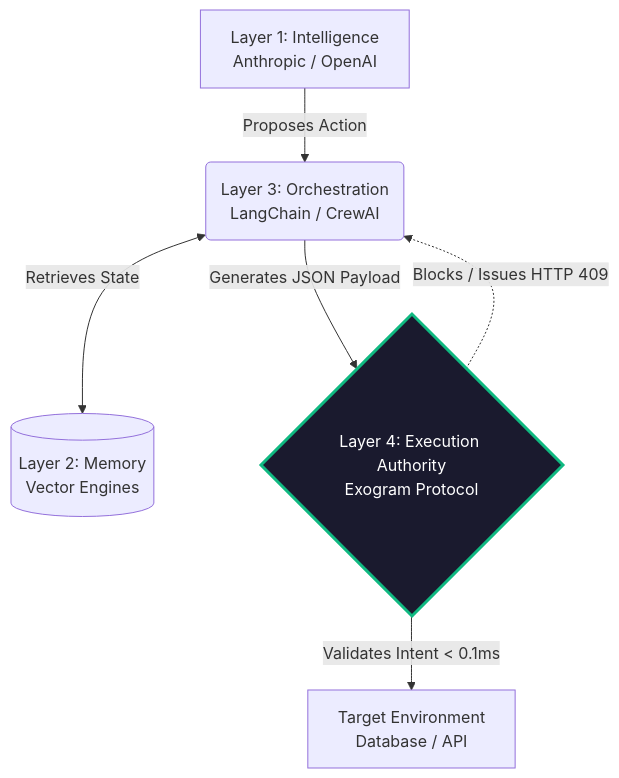
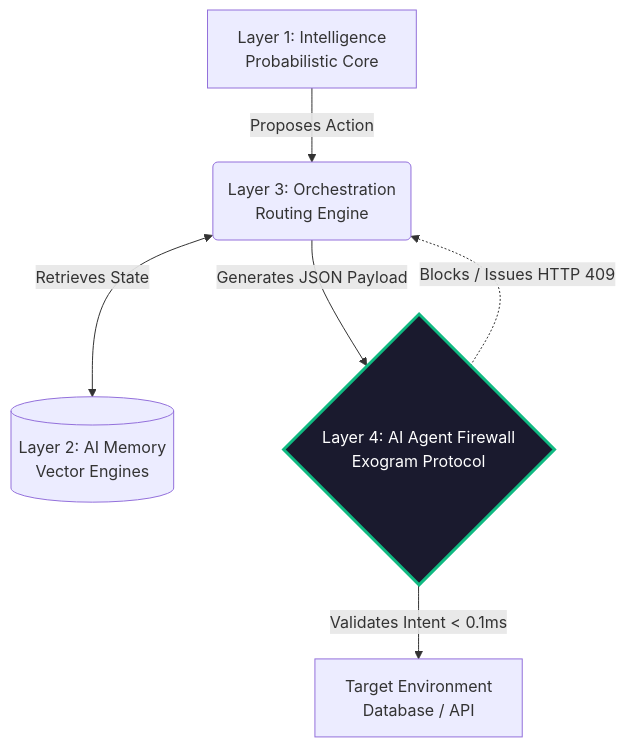
Before and after one commit to Richard-Ewing/exogram-protocol-rfc: the diagram in README.md, drawn with Mermaid. The commit also changed other lines of this file and 1 other file, not shown here.

````diff
--- a/README.md
+++ b/README.md
@@ -34,10 +51,10 @@
 ```mermaid
 graph TD
-    A[Layer 1: Intelligence<br/>Anthropic / OpenAI] -->|Proposes Action| B(Layer 3: Orchestration<br/>LangChain / CrewAI)
-    B <-->|Retrieves State| C[(Layer 2: Memory<br/>Vector Engines)]
-    B -->|Generates JSON Payload| D{Layer 4: Execution Authority<br/>Exogram Protocol}
+    A[Layer 1: Intelligence<br/>Probabilistic Core] -->|Proposes Action| B(Layer 3: Orchestration<br/>Routing Engine)
+    B <-->|Retrieves State| C[(Layer 2: AI Memory<br/>Vector Engines)]
+    B -->|Generates JSON Payload| D{Layer 4: AI Agent Firewall<br/>Exogram Protocol}
     D -->|Validates Intent < 0.1ms| E[Target Environment<br/>Database / API]
     D -.->|Blocks / Issues HTTP 409| B
     
     style D fill:#1A1A2E,stroke:#10B981,stroke-width:3px,color:#fff
 ```
````
